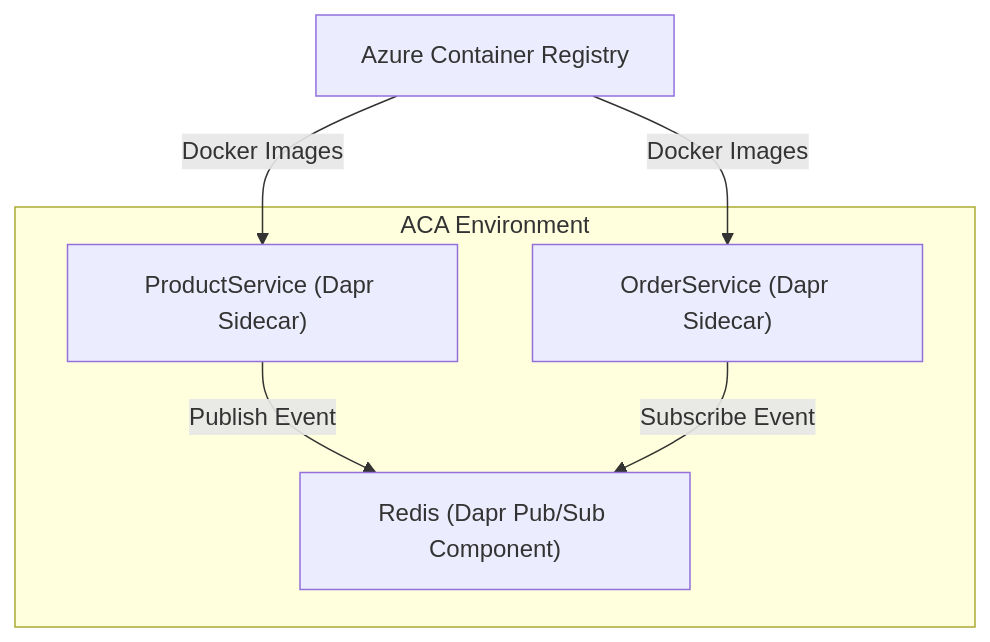
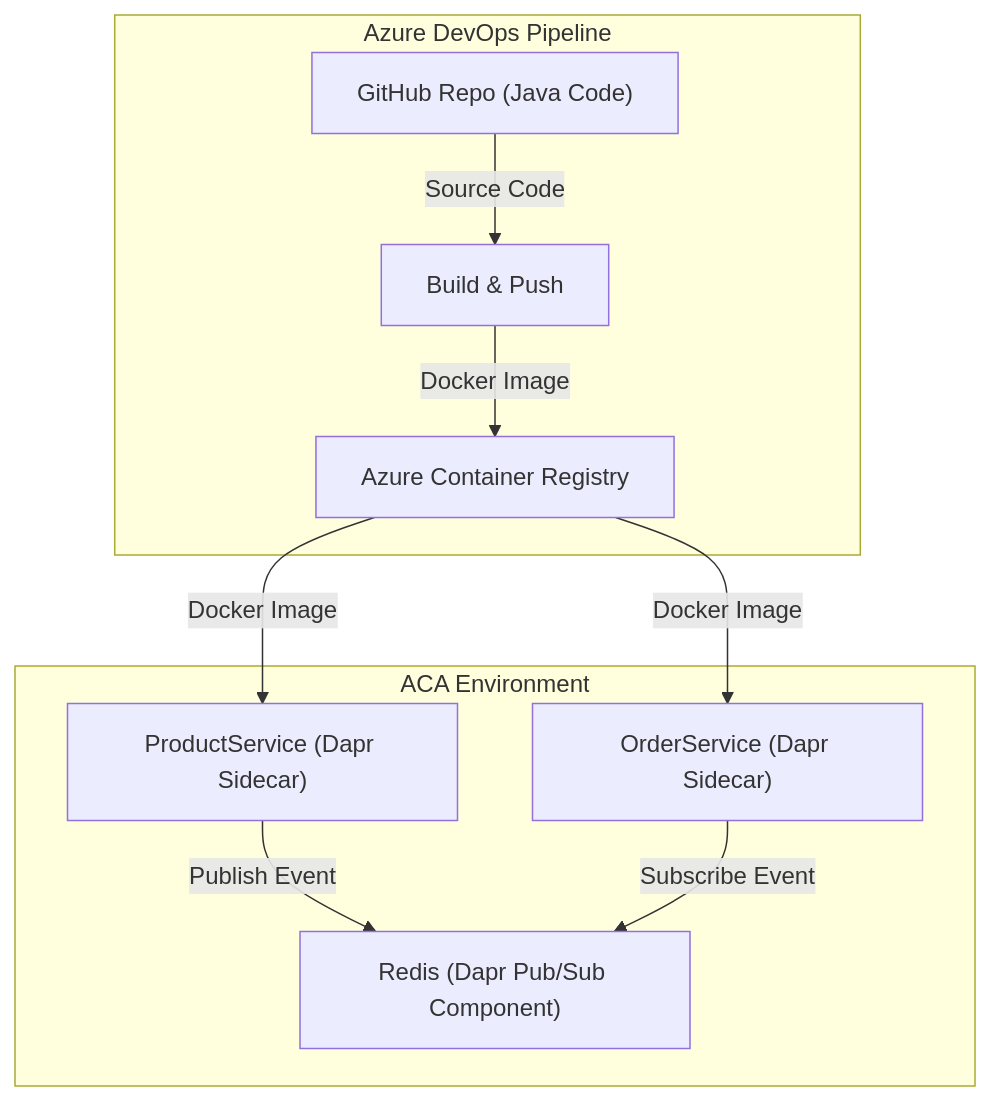
The diagram in README.md (ankitbarlota92/ProductsAndOrders), drawn with Mermaid before and after one commit.

````diff
--- a/README.md
+++ b/README.md
@@ -13,13 +13,21 @@
 ```mermaid
 flowchart TD
+  subgraph DevOps["Azure DevOps Pipeline"]
+    E["GitHub Repo (Java Code)"]
+    F["Build & Push"]
+    E -- "Source Code" --> F
+    F -- "Docker Image" --> D
+  end
+
   subgraph ACA["ACA Environment"]
     A["ProductService (Dapr Sidecar)"]
     B["OrderService (Dapr Sidecar)"]
     C["Redis (Dapr Pub/Sub Component)"]
     A -- "Publish Event" --> C
     B -- "Subscribe Event" --> C
   end
+
   D[Azure Container Registry]
-  D -- "Docker Images" --> A
-  D -- "Docker Images" --> B
+  D -- "Docker Image" --> A
+  D -- "Docker Image" --> B
 ```
````
